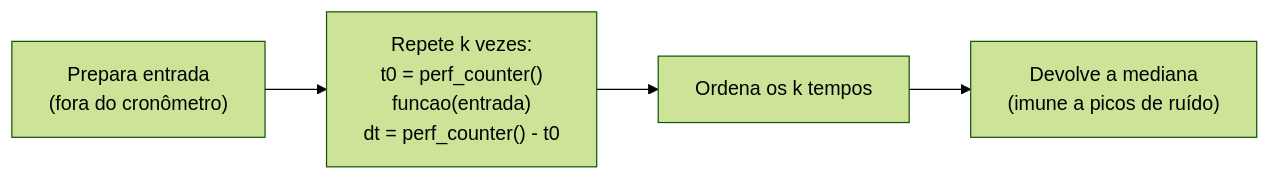
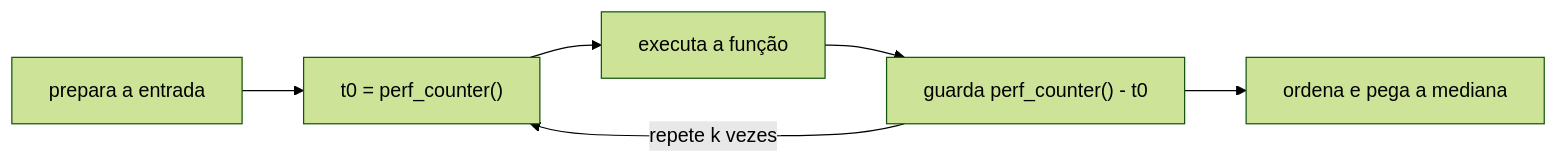
One commit to Lip3Bazinga/v0-level-usp-project changed the diagram in content/cursos/n3-estruturas-de-dados-e-algoritmos/02-analise-de-algoritmos/01-medindo-tempo-de-execucao.lvl.md. Above: the diagram before and after it, drawn with Mermaid (forest theme). The commit also changed other lines of this file and 9 other files, not shown here.

````diff
--- a/content/cursos/n3-estruturas-de-dados-e-algoritmos/02-analise-de-algoritmos/01-medindo-tempo-de-execucao.lvl.md
+++ b/content/cursos/n3-estruturas-de-dados-e-algoritmos/02-analise-de-algoritmos/01-medindo-tempo-de-execucao.lvl.md
@@ -28,6 +48,8 @@
 ```mermaid
 flowchart LR
-    A["Prepara entrada<br/>(fora do cronômetro)"] --> B["Repete k vezes:<br/>t0 = perf_counter()<br/>funcao(entrada)<br/>dt = perf_counter() - t0"]
-    B --> C["Ordena os k tempos"]
-    C --> D["Devolve a mediana<br/>(imune a picos de ruído)"]
+    A["prepara a entrada"] --> B["t0 = perf_counter()"]
+    B --> C["executa a função"]
+    C --> D["guarda perf_counter() - t0"]
+    D -->|"repete k vezes"| B
+    D --> E["ordena e pega a mediana"]
 ```
````
